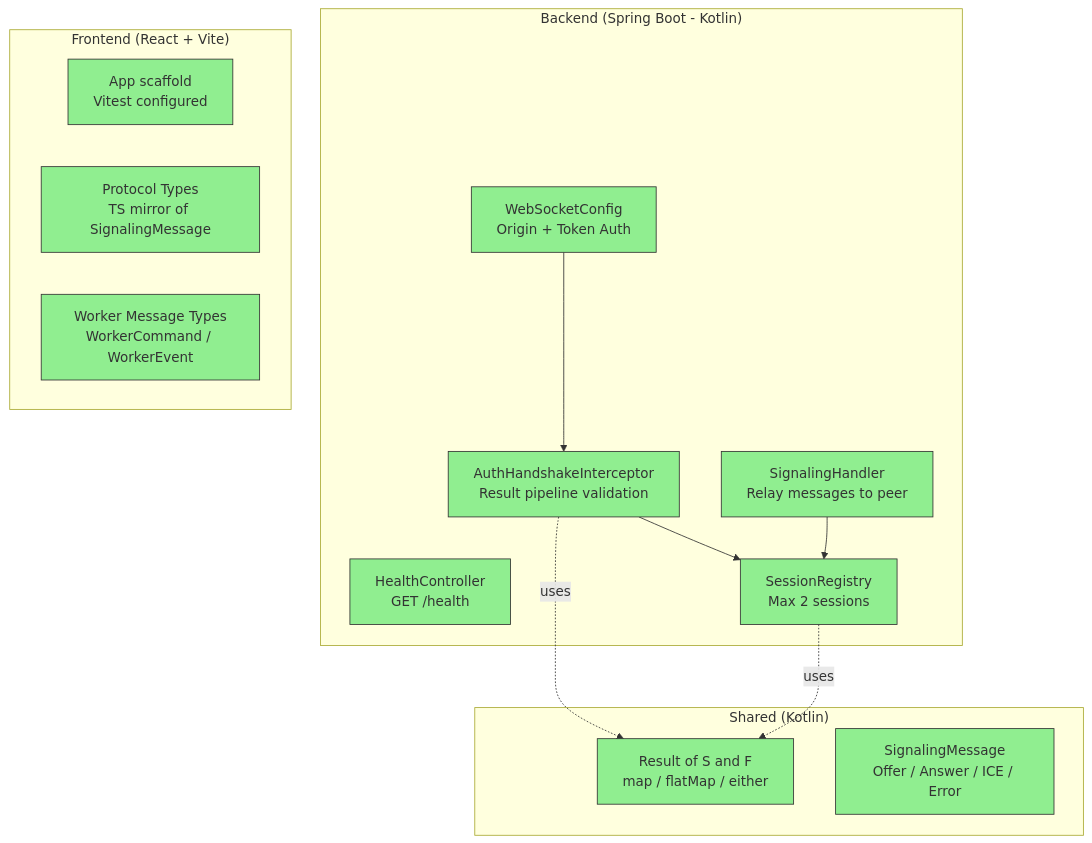
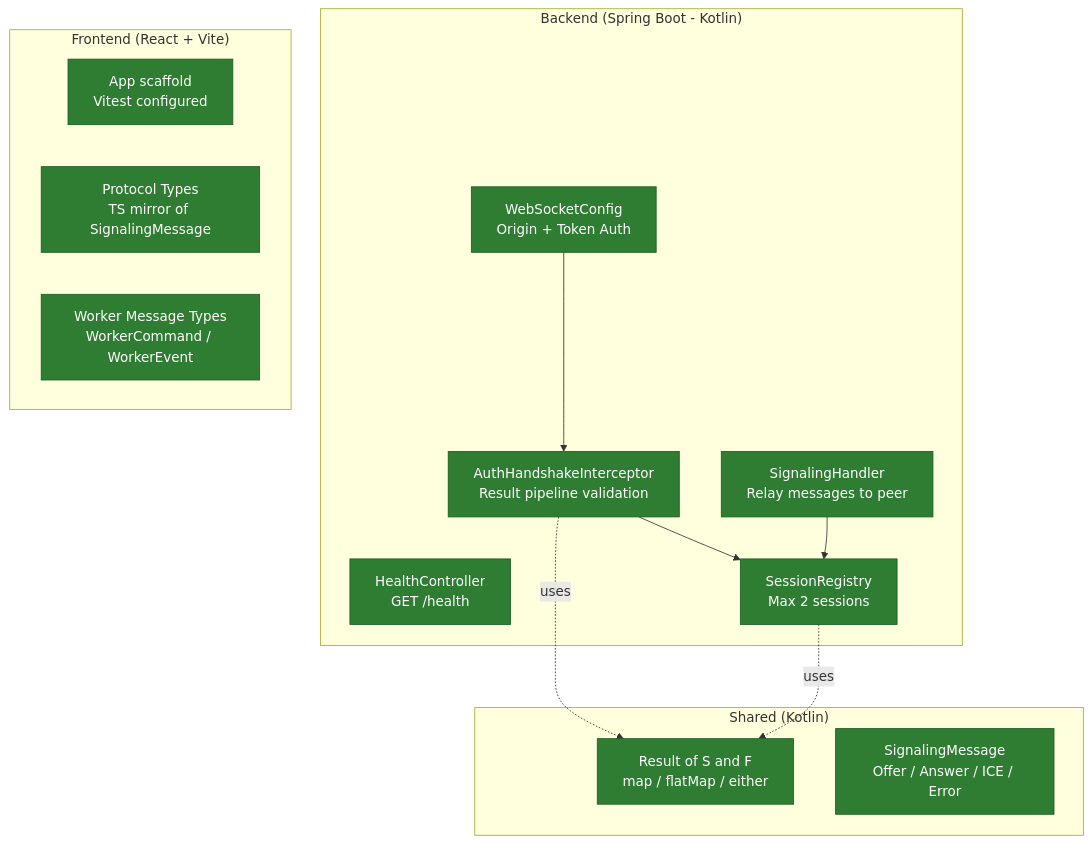
Before and after one commit to RyanDur/battleship: the first of 5 diagrams in docs/architecture.md, drawn with Mermaid.

Commit message:
Fix contrast in current-state architecture diagram
Dark green background with white text for readability.

````diff
--- a/docs/architecture.md
+++ b/docs/architecture.md
@@ -5,37 +5,37 @@
 ```mermaid
 graph TB
     subgraph "Backend (Spring Boot - Kotlin)"
         HC[HealthController<br/>GET /health]
         WC[WebSocketConfig<br/>Origin + Token Auth]
         AH[AuthHandshakeInterceptor<br/>Result pipeline validation]
         SH[SignalingHandler<br/>Relay messages to peer]
         SR[SessionRegistry<br/>Max 2 sessions]
     end
 
     subgraph "Shared (Kotlin)"
         RT[Result of S and F<br/>map / flatMap / either]
         SM[SignalingMessage<br/>Offer / Answer / ICE / Error]
     end
 
     subgraph "Frontend (React + Vite)"
         APP[App scaffold<br/>Vitest configured]
         PT[Protocol Types<br/>TS mirror of SignalingMessage]
         WT[Worker Message Types<br/>WorkerCommand / WorkerEvent]
     end
 
     WC --> AH --> SR
     SH --> SR
     AH -.->|uses| RT
     SR -.->|uses| RT
 
-    style HC fill:#90EE90,stroke:#333
-    style WC fill:#90EE90,stroke:#333
-    style AH fill:#90EE90,stroke:#333
-    style SH fill:#90EE90,stroke:#333
-    style SR fill:#90EE90,stroke:#333
-    style RT fill:#90EE90,stroke:#333
-    style SM fill:#90EE90,stroke:#333
-    style APP fill:#90EE90,stroke:#333
-    style PT fill:#90EE90,stroke:#333
-    style WT fill:#90EE90,stroke:#333
+    style HC fill:#2e7d32,stroke:#1b5e20,color:#fff
+    style WC fill:#2e7d32,stroke:#1b5e20,color:#fff
+    style AH fill:#2e7d32,stroke:#1b5e20,color:#fff
+    style SH fill:#2e7d32,stroke:#1b5e20,color:#fff
+    style SR fill:#2e7d32,stroke:#1b5e20,color:#fff
+    style RT fill:#2e7d32,stroke:#1b5e20,color:#fff
+    style SM fill:#2e7d32,stroke:#1b5e20,color:#fff
+    style APP fill:#2e7d32,stroke:#1b5e20,color:#fff
+    style PT fill:#2e7d32,stroke:#1b5e20,color:#fff
+    style WT fill:#2e7d32,stroke:#1b5e20,color:#fff
 ```
````
